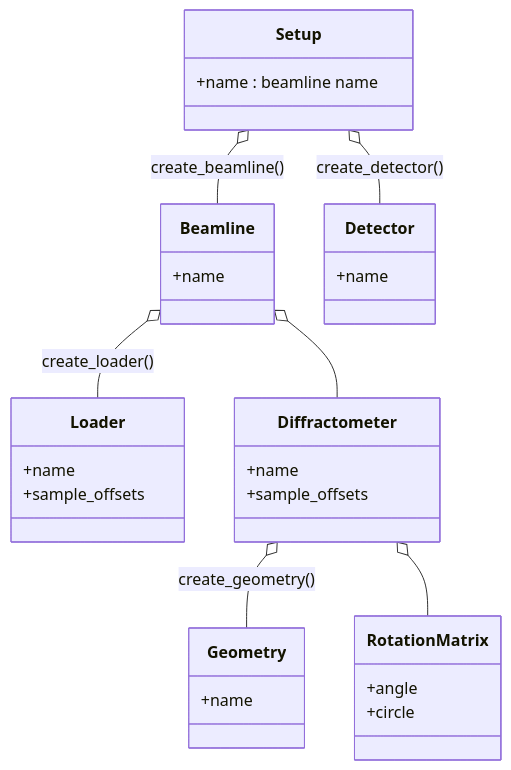
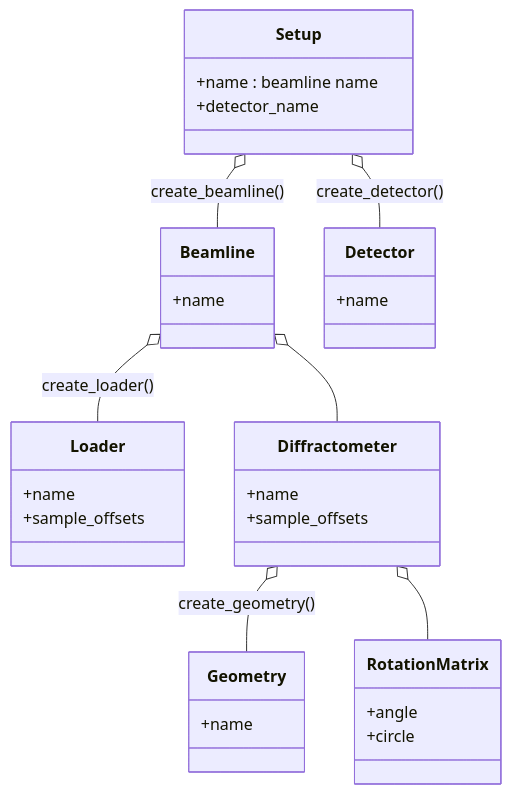
The first of 4 diagrams in doc/modules/experiment/index.rst (carnisj/bcdi), drawn with Mermaid before and after one commit. The commit also changed other lines of this file and 13 other files, not shown here.

```diff
--- a/doc/modules/experiment/index.rst
+++ b/doc/modules/experiment/index.rst
@@ -22,34 +22,35 @@
 .. mermaid::
   :align: center
 
   classDiagram
     class Setup{
       +name : beamline name
+      +detector_name
   }
     class Beamline{
       +name
   }
     class Loader{
       +name
       +sample_offsets
   }
     class Diffractometer{
       +name
       +sample_offsets
   }
     class Geometry{
       +name
   }
     class Detector{
       +name
   }
     class RotationMatrix{
       +angle
       +circle
   }
     Setup o-- Beamline : create_beamline()
     Setup o-- Detector : create_detector()
     Beamline o-- Diffractometer
     Diffractometer o-- Geometry : create_geometry()
     Beamline o-- Loader : create_loader()
     Diffractometer o-- RotationMatrix
```
